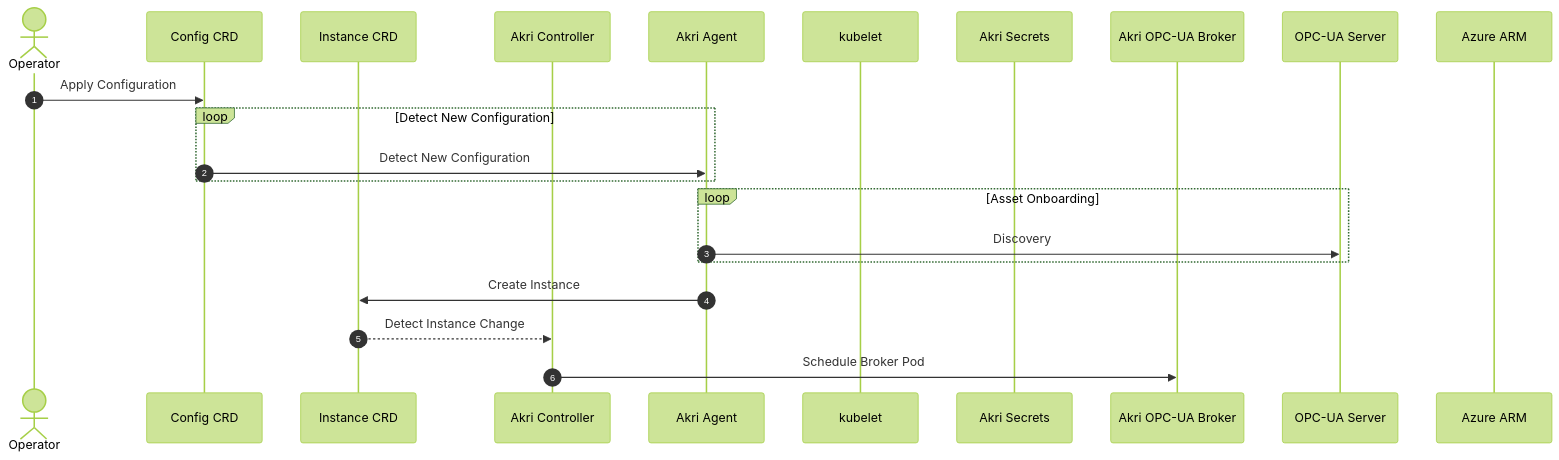
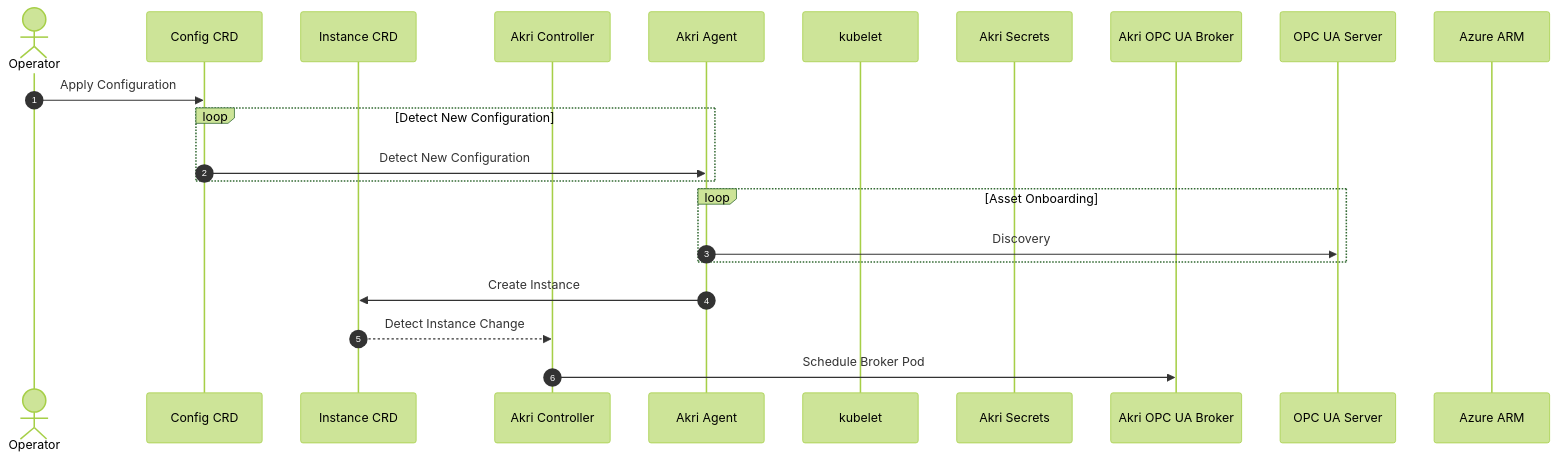
The second of 5 diagrams in samples/akri-opc/readme.md (dfcarpenter/edge-akri-playground), drawn with Mermaid (forest theme) before and after one commit. The commit also changed other lines of this file, not shown here.

````diff
--- a/samples/akri-opc/readme.md
+++ b/samples/akri-opc/readme.md
@@ -35,25 +35,25 @@
 ```mermaid
 sequenceDiagram
     autonumber
     actor Operator
     participant Config CRD
     participant Instance CRD
     participant Akri Controller
     participant Akri Agent 
     participant kubelet
     participant Akri Secrets
-    participant Akri OPC-UA Broker
-    participant OPC-UA Server
+    participant Akri OPC UA Broker
+    participant OPC UA Server
     participant Azure ARM
     Operator->>Config CRD: Apply Configuration
     loop Detect New Configuration
         Config CRD->>Akri Agent: Detect New Configuration
     end
     loop Asset Onboarding
-        Akri Agent->>OPC-UA Server: Discovery
+        Akri Agent->>OPC UA Server: Discovery
     end
     Akri Agent->>Instance CRD: Create Instance
     Instance CRD-->>Akri Controller: Detect Instance Change
-    Akri Controller->>Akri OPC-UA Broker:Schedule Broker Pod 
+    Akri Controller->>Akri OPC UA Broker:Schedule Broker Pod 
    
 ```
````
